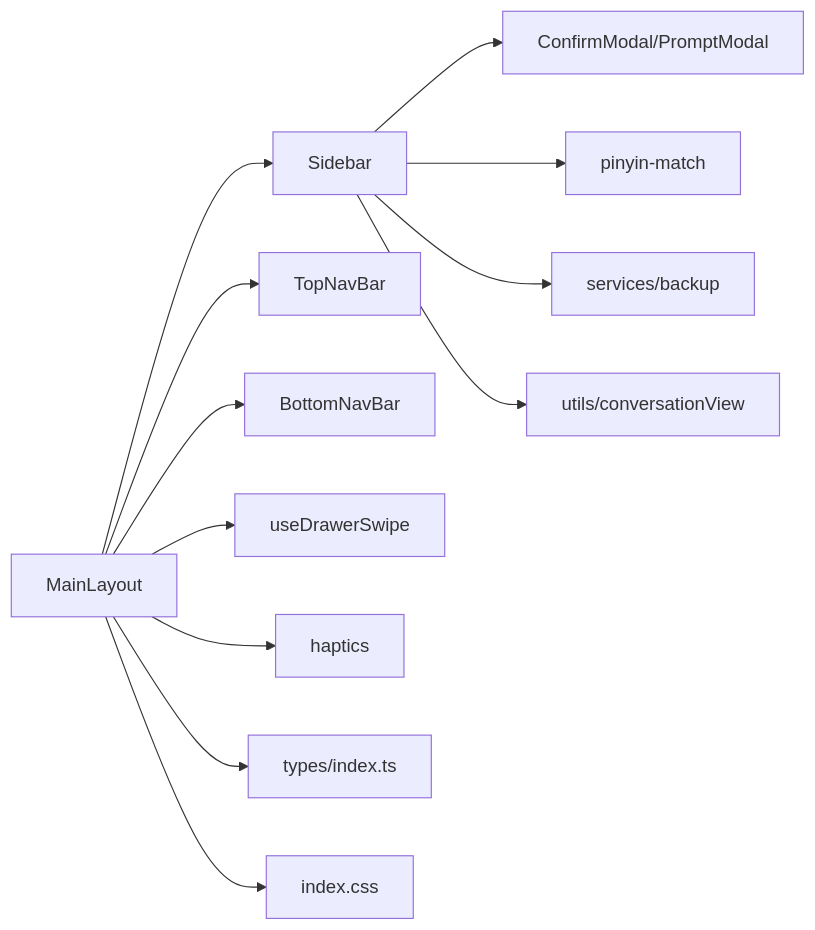
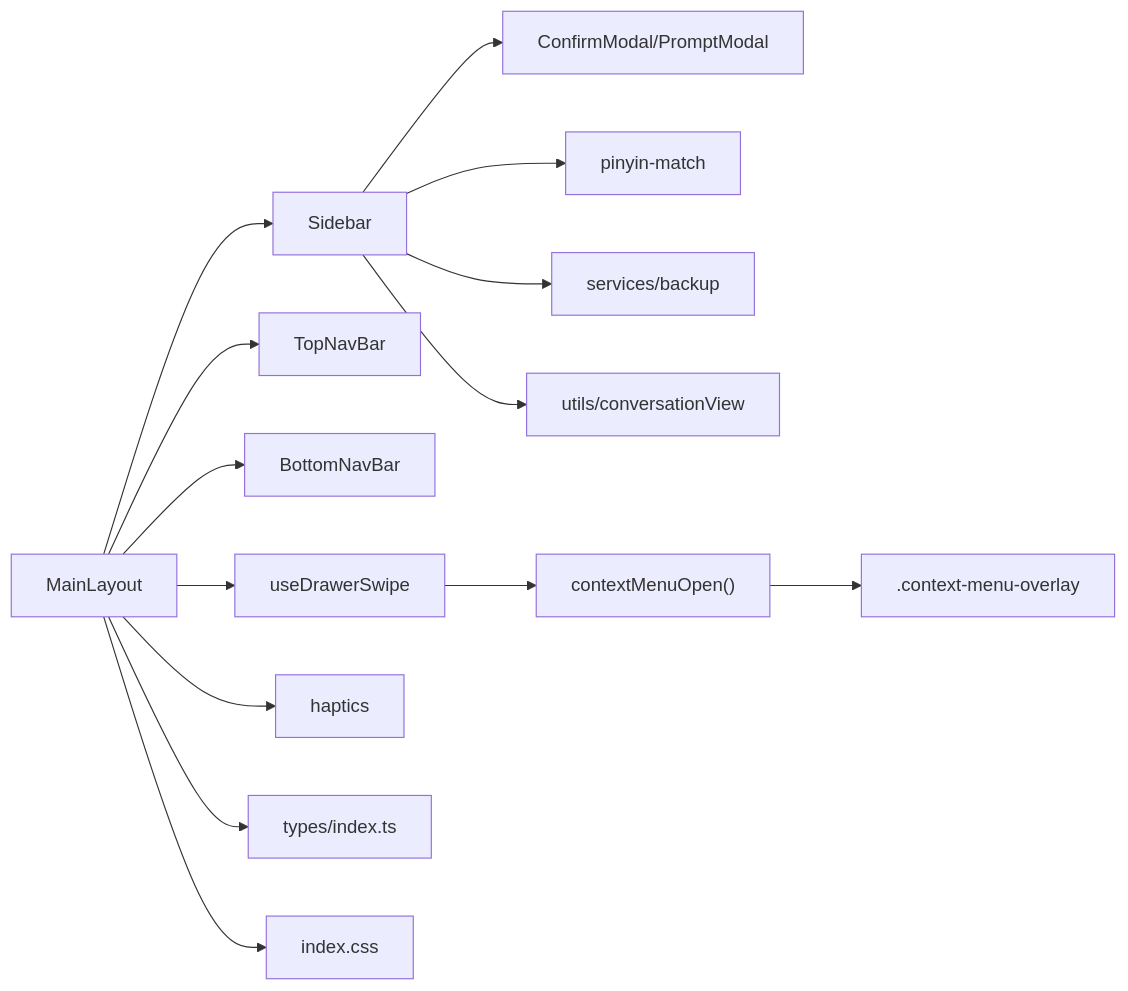
One commit to billye220670/AIShop changed the sixth of 6 diagrams in .qoder/repowiki/zh/content/架构设计/组件架构设计/布局组件设计.md. Above: the diagram before and after it, drawn with Mermaid. The commit also changed other lines of this file and 45 other files, not shown here.

````diff
--- a/.qoder/repowiki/zh/content/架构设计/组件架构设计/布局组件设计.md
+++ b/.qoder/repowiki/zh/content/架构设计/组件架构设计/布局组件设计.md
@@ -301,14 +337,16 @@
 ```mermaid
 graph LR
 ML["MainLayout"] --> SB["Sidebar"]
 ML --> TN["TopNavBar"]
 ML --> BN["BottomNavBar"]
 ML --> HS["useDrawerSwipe"]
 ML --> HP["haptics"]
 SB --> CM["ConfirmModal/PromptModal"]
 SB --> PM["pinyin-match"]
 SB --> BK["services/backup"]
 SB --> CV["utils/conversationView"]
 ML --> TY["types/index.ts"]
 ML --> CS["index.css"]
+HS --> CU["contextMenuOpen()"]
+CU --> CO[".context-menu-overlay"]
 ```
````
